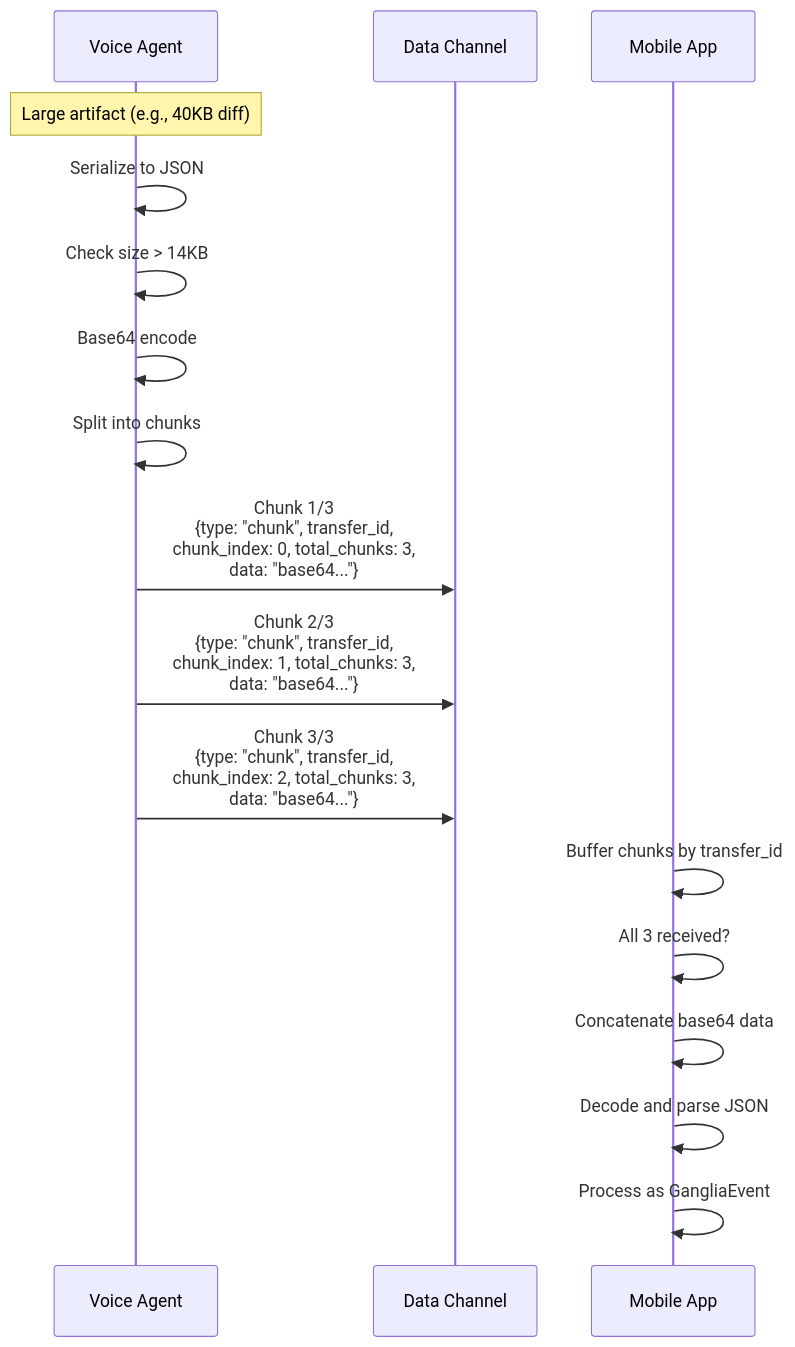
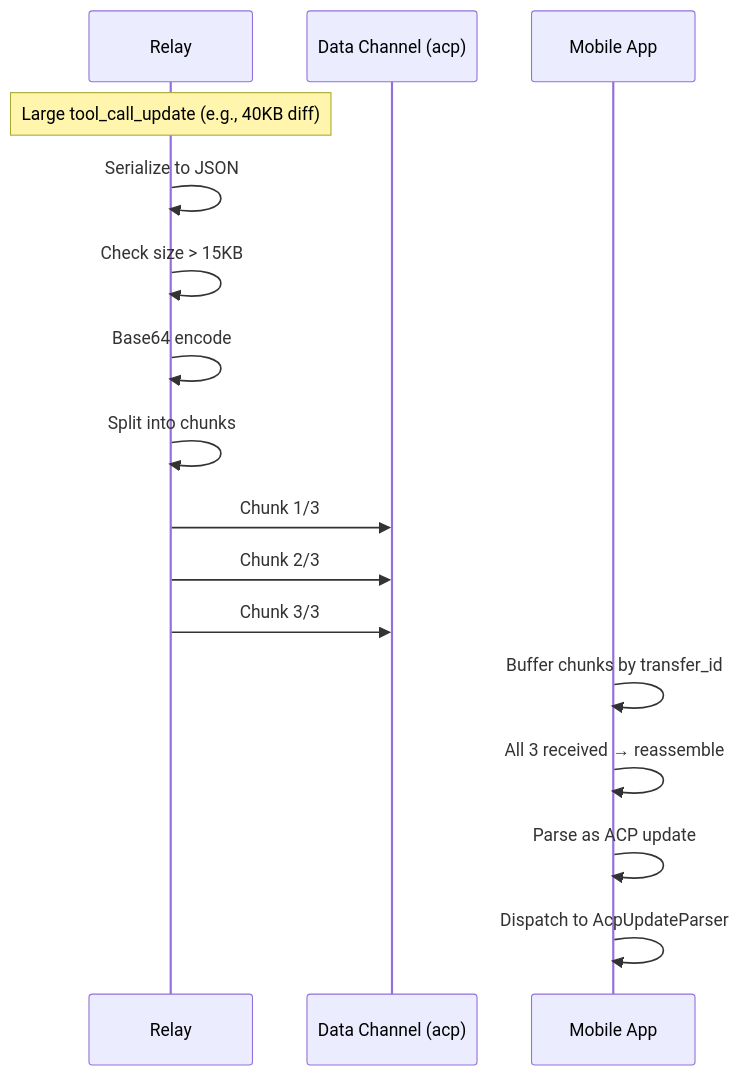
One commit to dremonkey/fletcher changed the diagram in docs/architecture/data-channel-protocol.md. Above: the diagram before and after it, drawn with Mermaid. The commit also changed other lines of this file and 7 other files, not shown here.

First line of the commit message:
T30.13: add relay payload chunking for large ACP content blocks

````diff
--- a/docs/architecture/data-channel-protocol.md
+++ b/docs/architecture/data-channel-protocol.md
@@ -224,23 +284,22 @@
 ```mermaid
 sequenceDiagram
-    participant Agent as Voice Agent
-    participant DC as Data Channel
+    participant Relay as Relay
+    participant DC as Data Channel (acp)
     participant App as Mobile App
 
-    Note over Agent: Large artifact (e.g., 40KB diff)
+    Note over Relay: Large tool_call_update (e.g., 40KB diff)
 
-    Agent->>Agent: Serialize to JSON
-    Agent->>Agent: Check size > 14KB
-    Agent->>Agent: Base64 encode
-    Agent->>Agent: Split into chunks
+    Relay->>Relay: Serialize to JSON
+    Relay->>Relay: Check size > 15KB
+    Relay->>Relay: Base64 encode
+    Relay->>Relay: Split into chunks
 
-    Agent->>DC: Chunk 1/3<br/>{type: "chunk", transfer_id,<br/>chunk_index: 0, total_chunks: 3,<br/>data: "base64..."}
-    Agent->>DC: Chunk 2/3<br/>{type: "chunk", transfer_id,<br/>chunk_index: 1, total_chunks: 3,<br/>data: "base64..."}
-    Agent->>DC: Chunk 3/3<br/>{type: "chunk", transfer_id,<br/>chunk_index: 2, total_chunks: 3,<br/>data: "base64..."}
+    Relay->>DC: Chunk 1/3
+    Relay->>DC: Chunk 2/3
+    Relay->>DC: Chunk 3/3
 
     App->>App: Buffer chunks by transfer_id
-    App->>App: All 3 received?
-    App->>App: Concatenate base64 data
-    App->>App: Decode and parse JSON
-    App->>App: Process as GangliaEvent
+    App->>App: All 3 received → reassemble
+    App->>App: Parse as ACP update
+    App->>App: Dispatch to AcpUpdateParser
 ```
````
